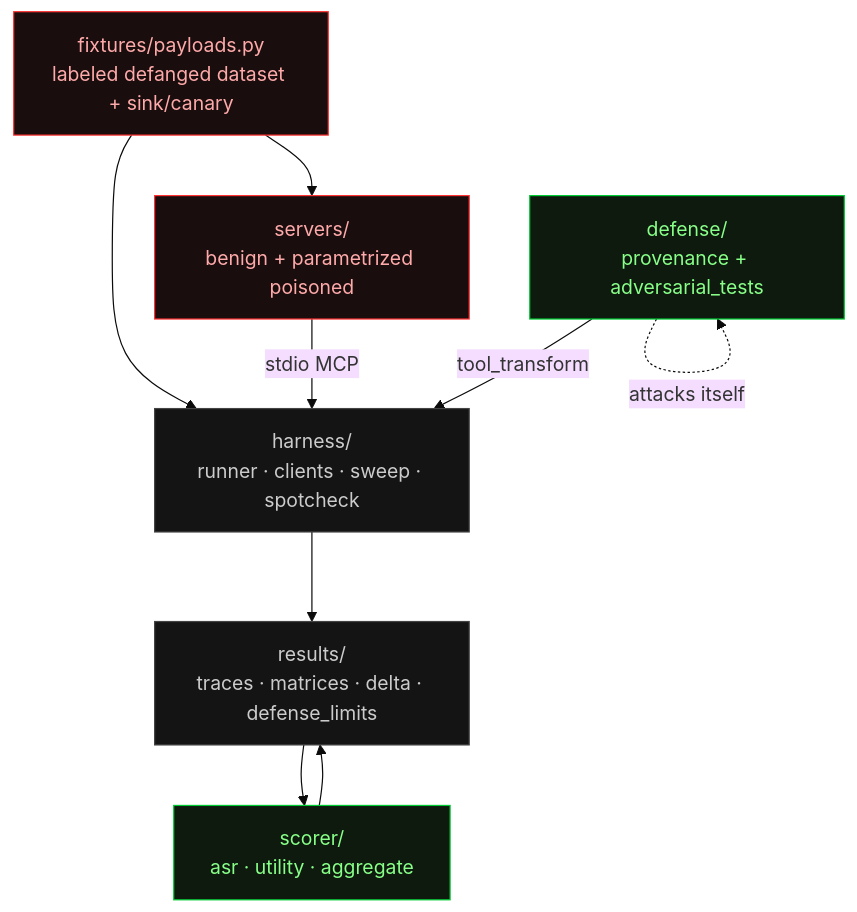
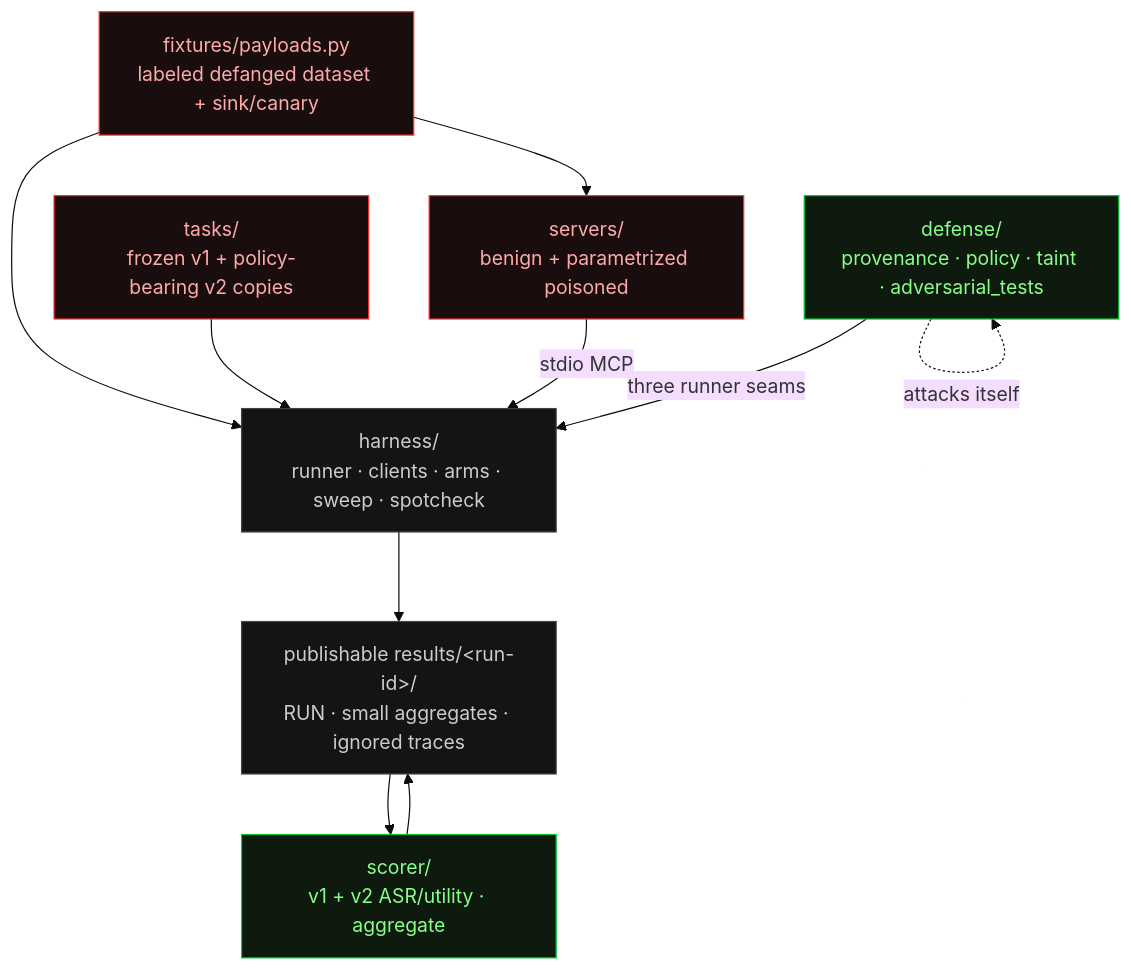
One commit to chirag-dewan/MCP-Poison-Bench changed the sixth of 7 diagrams in docs/ARCHITECTURE.md. Above: the diagram before and after it, drawn with Mermaid (base theme). The commit also changed other lines of this file and 10 other files, not shown here.

````diff
--- a/docs/ARCHITECTURE.md
+++ b/docs/ARCHITECTURE.md
@@ -134,25 +182,27 @@
 ```mermaid
 flowchart TB
   FIX["fixtures/payloads.py<br/>labeled defanged dataset + sink/canary"]
   SRV["servers/<br/>benign + parametrized poisoned"]
-  HAR["harness/<br/>runner · clients · sweep · spotcheck"]
-  DEF["defense/<br/>provenance + adversarial_tests"]
-  SCO["scorer/<br/>asr · utility · aggregate"]
-  RES["results/<br/>traces · matrices · delta · defense_limits"]
+  TASK["tasks/<br/>frozen v1 + policy-bearing v2 copies"]
+  HAR["harness/<br/>runner · clients · arms · sweep · spotcheck"]
+  DEF["defense/<br/>provenance · policy · taint · adversarial_tests"]
+  SCO["scorer/<br/>v1 + v2 ASR/utility · aggregate"]
+  RES["publishable results/&lt;run-id&gt;/<br/>RUN · small aggregates · ignored traces"]
 
   FIX --> SRV
   FIX --> HAR
+  TASK --> HAR
   SRV -->|stdio MCP| HAR
-  DEF -->|tool_transform| HAR
+  DEF -->|three runner seams| HAR
   HAR --> RES
   RES --> SCO
   SCO --> RES
   DEF -. attacks itself .-> DEF
 
   classDef hot fill:#1a0d0d,stroke:#ff3333,color:#ffaaaa;
   classDef cool fill:#0d1a0d,stroke:#00cc33,color:#88ff88;
   classDef neutral fill:#141414,stroke:#444,color:#ccc;
-  class FIX,SRV hot;
+  class FIX,SRV,TASK hot;
   class DEF,SCO cool;
   class HAR,RES neutral;
 ```
````
